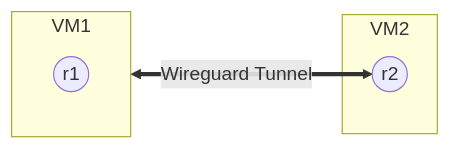
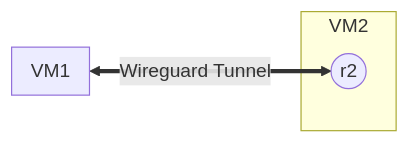
Before and after one commit to edgardcunha/freeRouter: the diagram in wireguard/README.md, drawn with Mermaid.

````diff
--- a/wireguard/README.md
+++ b/wireguard/README.md
@@ -5,10 +5,10 @@
 ```mermaid
 flowchart LR
     subgraph VM1 ["VM1"]
-        A((r1))
+        
     end
     subgraph VM2 ["VM2"]
         B((r2))
     end
     VM1 <==>|Wireguard Tunnel| B
 ```
````
